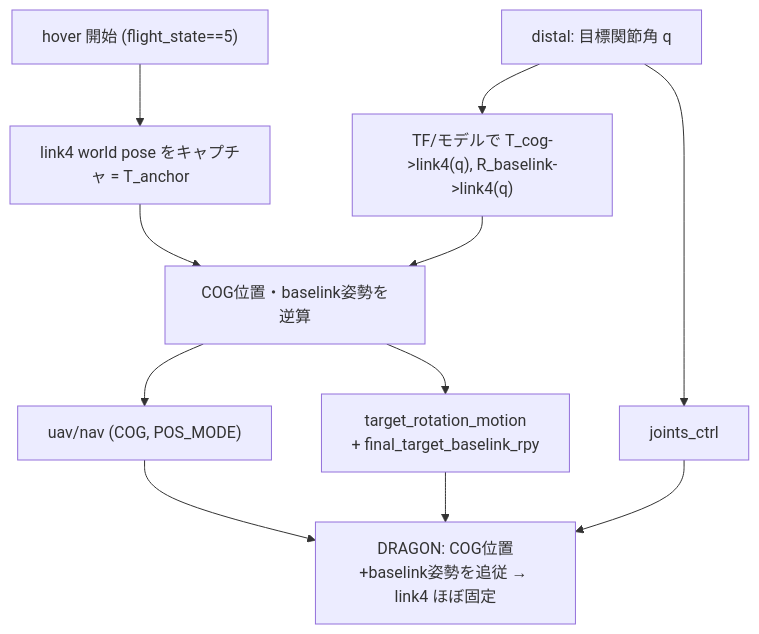
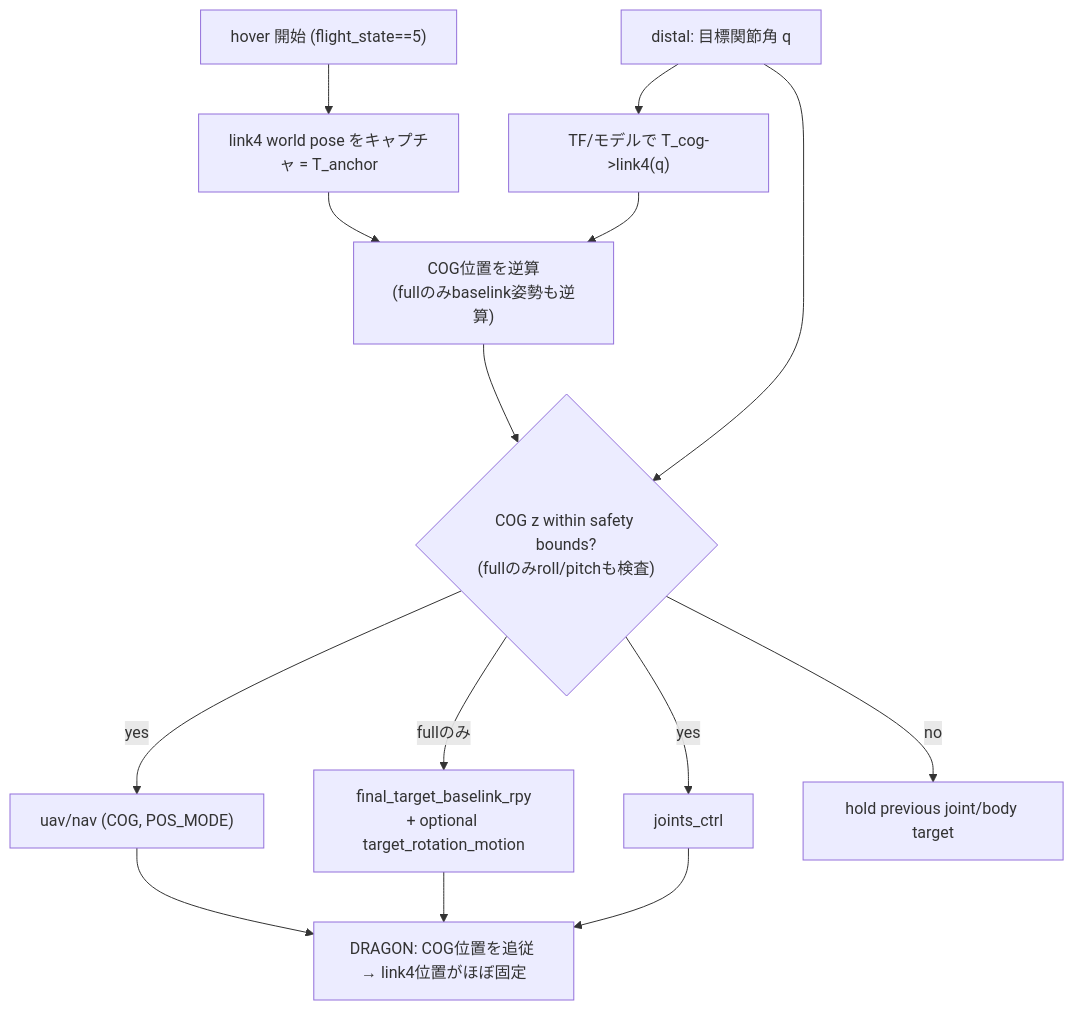
The diagram in robots/dracomancer/docs/link4_anchor.md (Tomoya-Oku/jsk_aerial_robot), drawn with Mermaid before and after one commit. The commit also changed other lines of this file and 5 other files, not shown here.

````diff
--- a/robots/dracomancer/docs/link4_anchor.md
+++ b/robots/dracomancer/docs/link4_anchor.md
@@ -67,13 +85,16 @@
 ```mermaid
 flowchart TD
     H["hover 開始 (flight_state==5)"] --> CAP["link4 world pose をキャプチャ = T_anchor"]
-    Q["distal: 目標関節角 q"] --> FK["TF/モデルで T_cog->link4(q), R_baselink->link4(q)"]
+    Q["distal: 目標関節角 q"] --> FK["TF/モデルで T_cog->link4(q)"]
     CAP --> COMP
-    FK --> COMP["COG位置・baselink姿勢を逆算"]
-    COMP --> NAV["uav/nav (COG, POS_MODE)"]
-    COMP --> RPY["target_rotation_motion<br/>+ final_target_baselink_rpy"]
-    Q --> JC["joints_ctrl"]
+    FK --> COMP["COG位置を逆算<br/>(fullのみbaselink姿勢も逆算)"]
+    COMP --> SAFE{"COG z within safety bounds?<br/>(fullのみroll/pitchも検査)"}
+    SAFE -->|yes| NAV["uav/nav (COG, POS_MODE)"]
+    SAFE -->|fullのみ| RPY["final_target_baselink_rpy<br/>+ optional target_rotation_motion"]
+    SAFE -->|yes| JC["joints_ctrl"]
+    SAFE -->|no| HOLD["hold previous joint/body target"]
+    Q --> SAFE
     NAV --> DRAGON
     RPY --> DRAGON
-    JC --> DRAGON["DRAGON: COG位置+baselink姿勢を追従 → link4 ほぼ固定"]
+    JC --> DRAGON["DRAGON: COG位置を追従 → link4位置がほぼ固定"]
 ```
````
